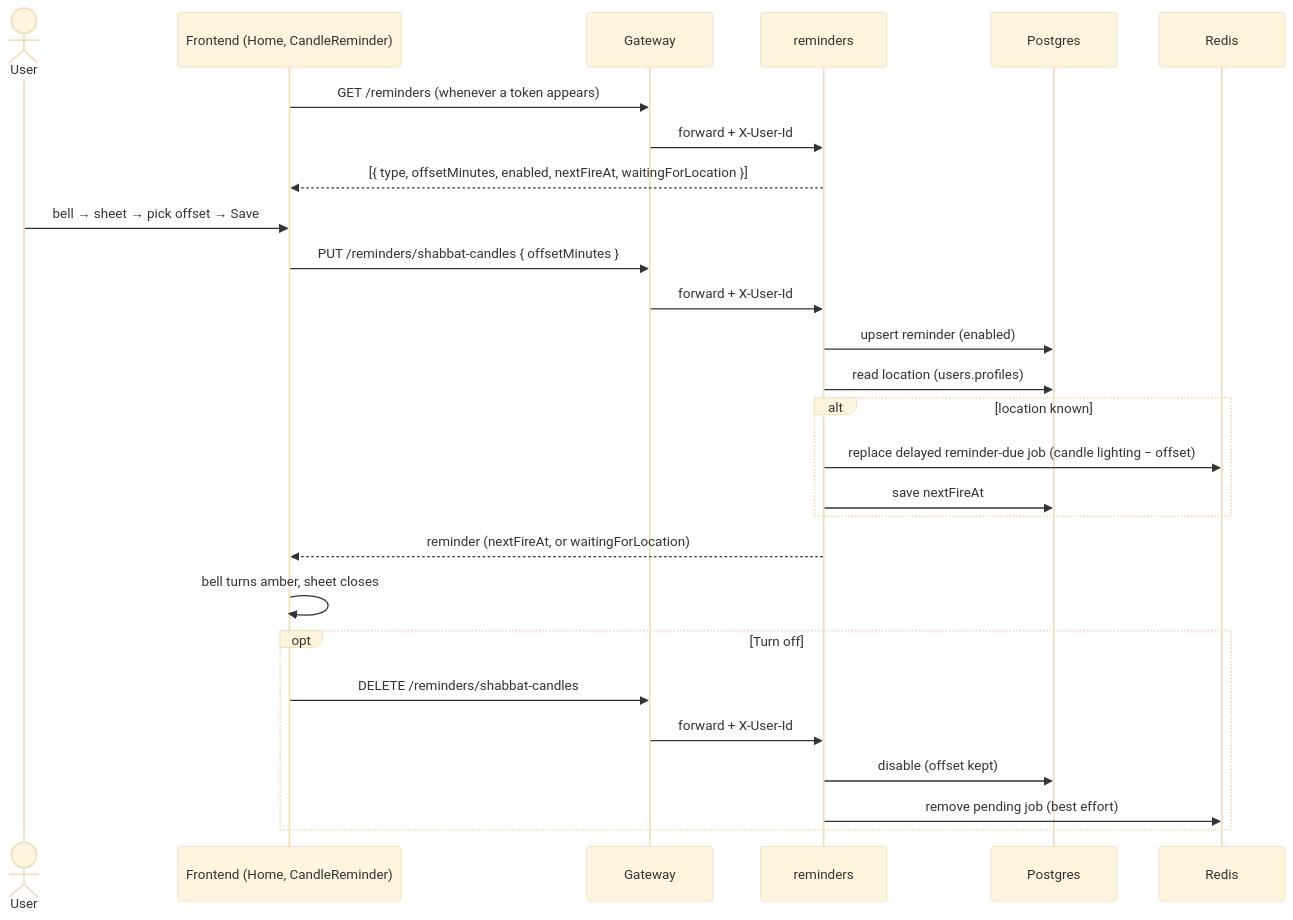
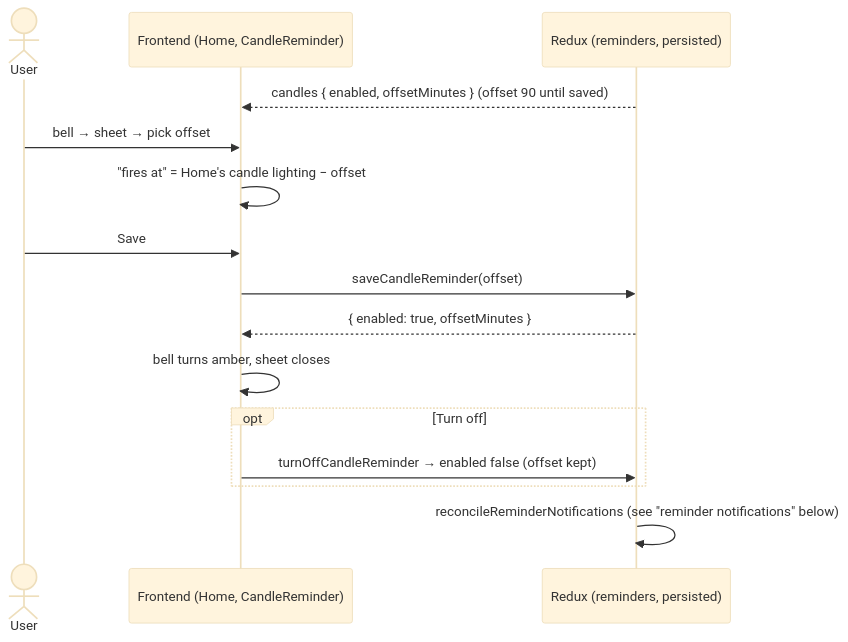
One commit to LidorElmakaies/personal-copilot changed the seventh of 10 diagrams in docs/specs/architecture.md. Above: the diagram before and after it, drawn with Mermaid (base theme). The commit also changed other lines of this file and 42 other files, not shown here.

````diff
--- a/docs/specs/architecture.md
+++ b/docs/specs/architecture.md
@@ -254,30 +256,18 @@
 ```mermaid
 sequenceDiagram
     actor User
     participant App as Frontend (Home, CandleReminder)
-    participant Gateway
-    participant Rem as reminders
-    participant DB as Postgres
-    participant Redis
+    participant Store as Redux (reminders, persisted)
 
-    App->>Gateway: GET /reminders (whenever a token appears)
-    Gateway->>Rem: forward + X-User-Id
-    Rem-->>App: [{ type, offsetMinutes, enabled, nextFireAt, waitingForLocation }]
-    User->>App: bell → sheet → pick offset → Save
-    App->>Gateway: PUT /reminders/shabbat-candles { offsetMinutes }
-    Gateway->>Rem: forward + X-User-Id
-    Rem->>DB: upsert reminder (enabled)
-    Rem->>DB: read location (users.profiles)
-    alt location known
-        Rem->>Redis: replace delayed reminder-due job (candle lighting − offset)
-        Rem->>DB: save nextFireAt
-    end
-    Rem-->>App: reminder (nextFireAt, or waitingForLocation)
+    Store-->>App: candles { enabled, offsetMinutes } (offset 90 until saved)
+    User->>App: bell → sheet → pick offset
+    App->>App: "fires at" = Home's candle lighting − offset
+    User->>App: Save
+    App->>Store: saveCandleReminder(offset)
+    Store-->>App: { enabled: true, offsetMinutes }
     App->>App: bell turns amber, sheet closes
     opt Turn off
-        App->>Gateway: DELETE /reminders/shabbat-candles
-        Gateway->>Rem: forward + X-User-Id
-        Rem->>DB: disable (offset kept)
-        Rem->>Redis: remove pending job (best effort)
+        App->>Store: turnOffCandleReminder → enabled false (offset kept)
     end
+    Store->>Store: reconcileReminderNotifications (see "reminder notifications" below)
 ```
````
